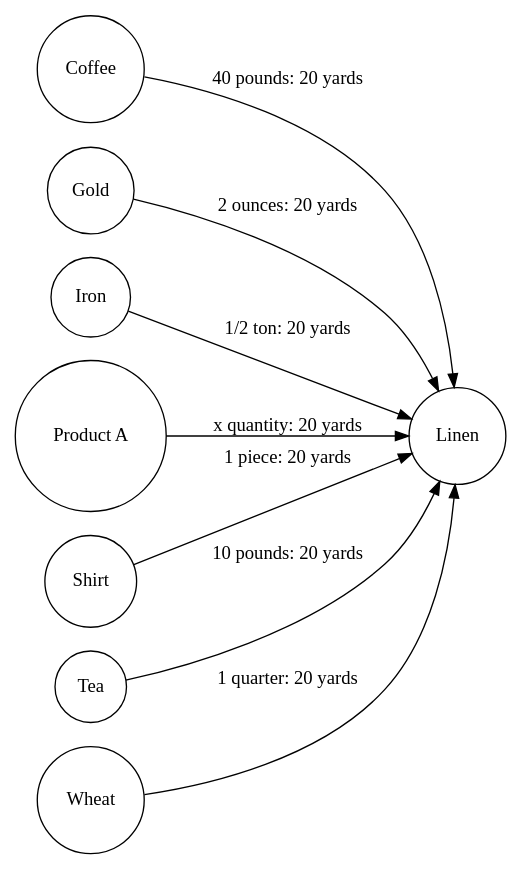
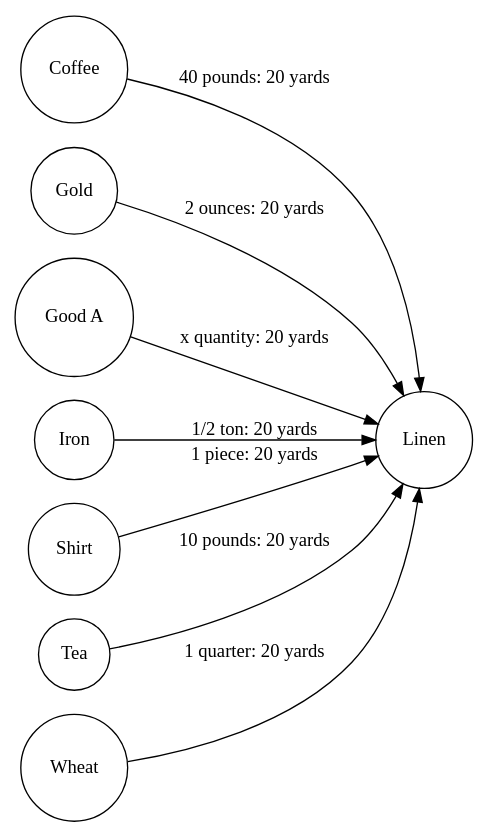
One commit to Wangsutan/Kapital changed the diagram in 资本的生产过程/价值形式理论/价值形式/datas_graphs_generated/general.dot. Above: the diagram before and after it, drawn with Graphviz. The commit also changed 360 other files, not shown here.

```diff
--- a/资本的生产过程/价值形式理论/价值形式/datas_graphs_generated/general.dot
+++ b/资本的生产过程/价值形式理论/价值形式/datas_graphs_generated/general.dot
@@ -1,11 +1,11 @@
 digraph 价值形式理论 {
     rankdir=LR;
     node [shape=circle];
     "Coffee" -> "Linen" [label="40 pounds: 20 yards"];
     "Gold" -> "Linen" [label="2 ounces: 20 yards"];
+    "Good A" -> "Linen" [label="x quantity: 20 yards"];
     "Iron" -> "Linen" [label="1/2 ton: 20 yards"];
-    "Product A" -> "Linen" [label="x quantity: 20 yards"];
     "Shirt" -> "Linen" [label="1 piece: 20 yards"];
     "Tea" -> "Linen" [label="10 pounds: 20 yards"];
     "Wheat" -> "Linen" [label="1 quarter: 20 yards"];
 }
```
